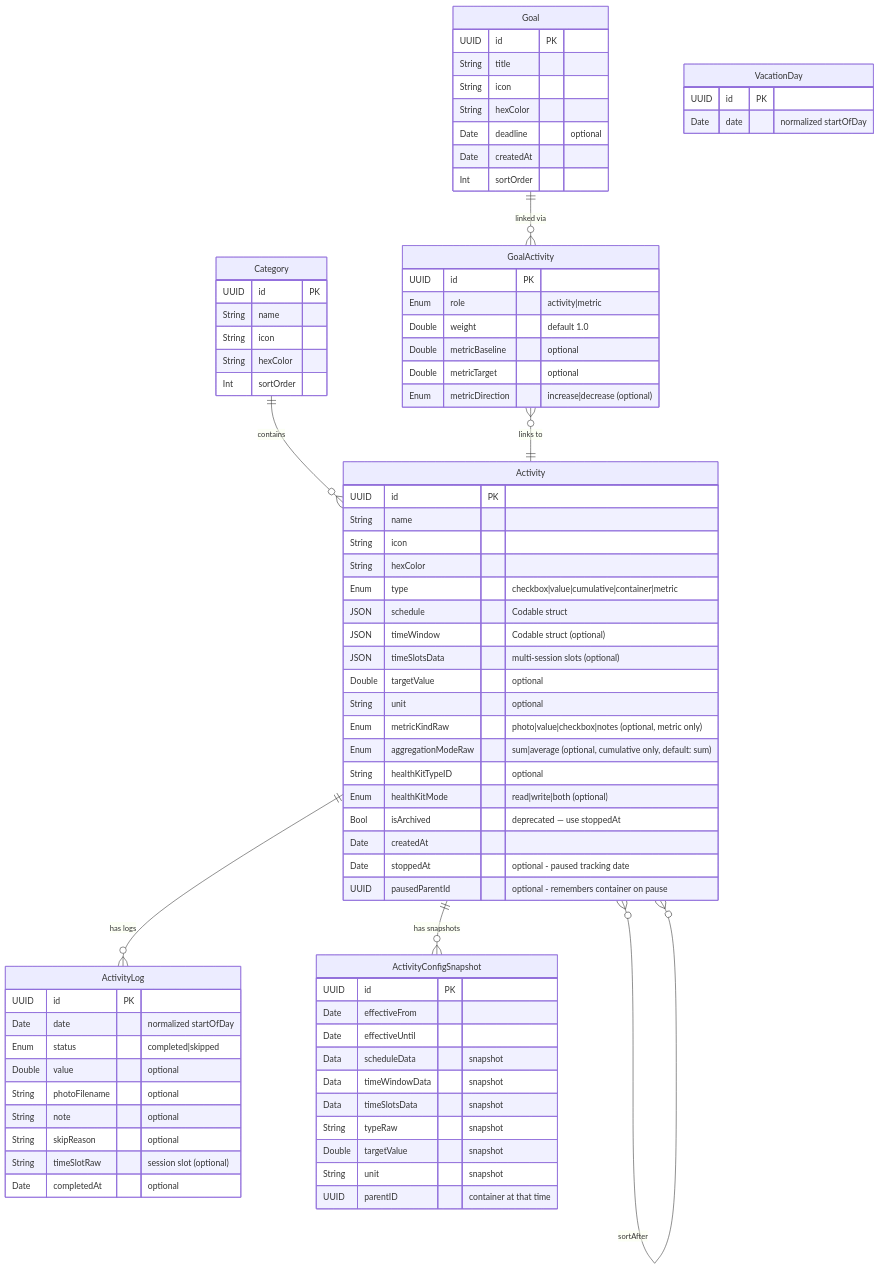
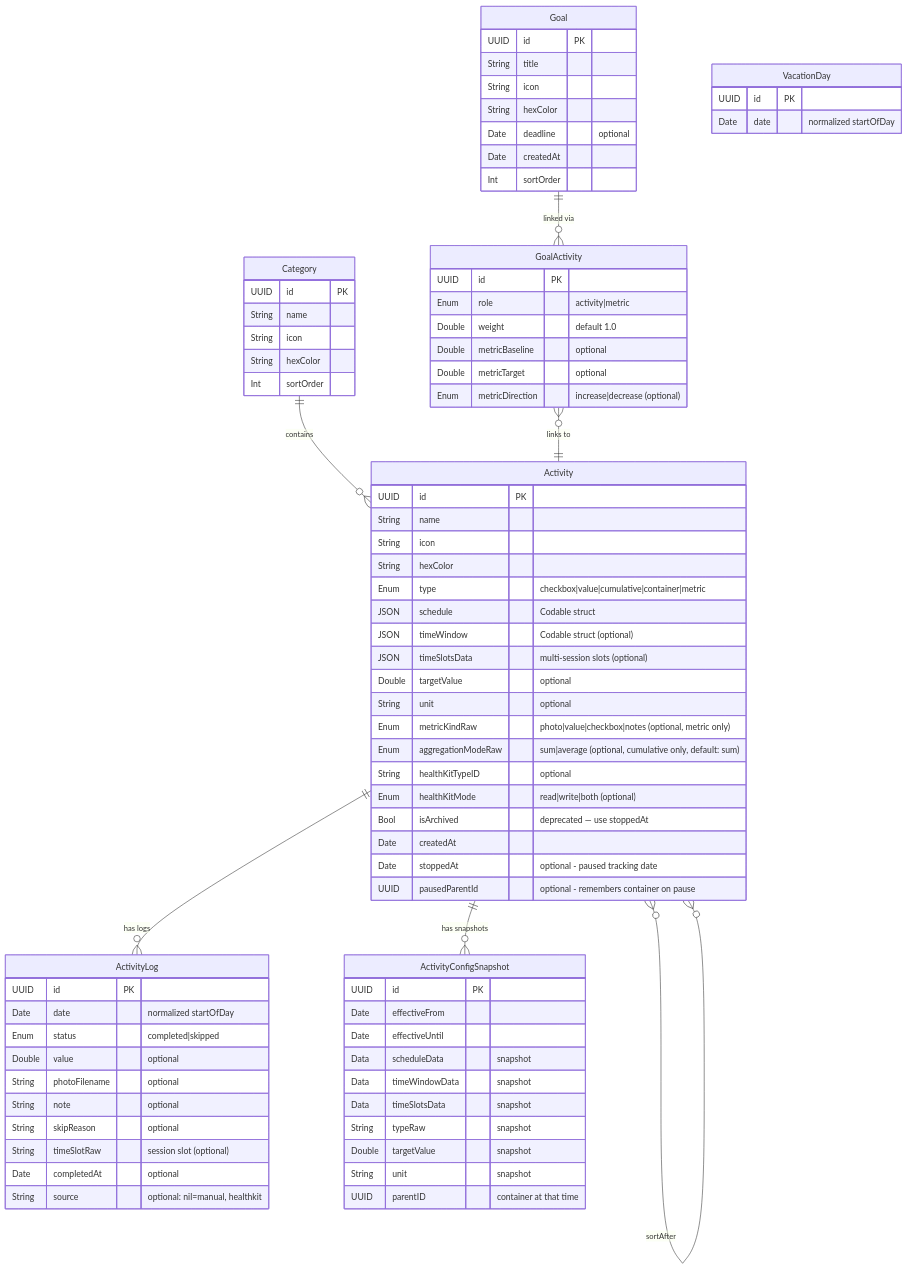
Before and after one commit to samg2003/personal_activity_tracking: the second of 2 diagrams in docs/ARCHITECTURE.md, drawn with Mermaid. The commit also changed other lines of this file and 8 other files, not shown here.

```diff
--- a/docs/ARCHITECTURE.md
+++ b/docs/ARCHITECTURE.md
@@ -101,6 +101,7 @@
         String skipReason "optional"
         String timeSlotRaw "session slot (optional)"
         Date completedAt "optional"
+        String source "optional: nil=manual, healthkit"
     }
 
     VacationDay {
```
